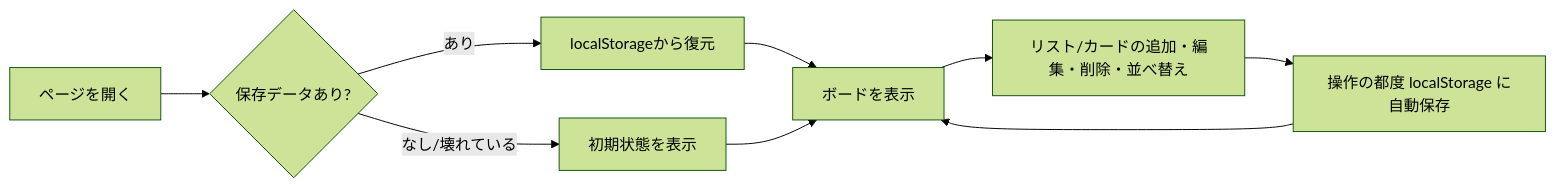
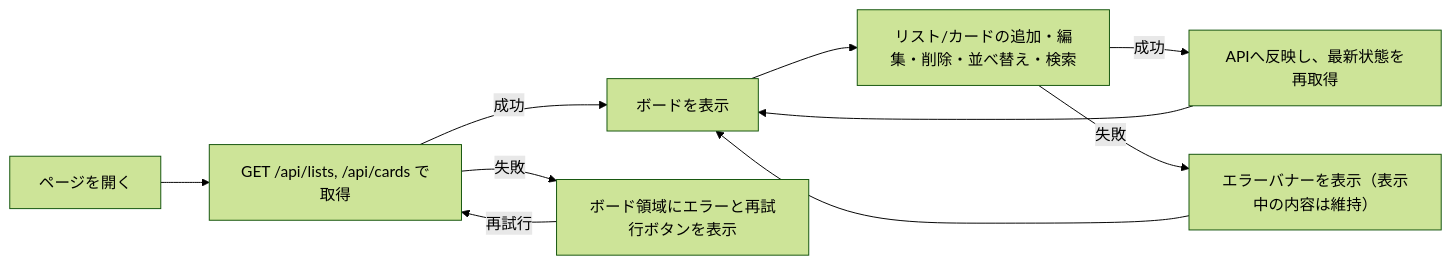
One commit to masatsumaple-creator/task-management changed the diagram in docs/requirements/screens.md. Above: the diagram before and after it, drawn with Mermaid (forest theme). The commit also changed other lines of this file and 8 other files, not shown here.

````diff
--- a/docs/requirements/screens.md
+++ b/docs/requirements/screens.md
@@ -36,11 +45,12 @@
 ```mermaid
 flowchart LR
-  A[ページを開く] --> B{保存データあり?}
-  B -- あり --> C[localStorageから復元]
-  B -- なし/壊れている --> D[初期状態を表示]
-  C --> E[ボードを表示]
-  D --> E
-  E --> F[リスト/カードの追加・編集・削除・並べ替え]
-  F --> G[操作の都度 localStorage に自動保存]
-  G --> E
+  A[ページを開く] --> B[GET /api/lists, /api/cards で取得]
+  B -- 成功 --> C[ボードを表示]
+  B -- 失敗 --> D[ボード領域にエラーと再試行ボタンを表示]
+  D -- 再試行 --> B
+  C --> E[リスト/カードの追加・編集・削除・並べ替え・検索]
+  E -- 成功 --> F[APIへ反映し、最新状態を再取得]
+  E -- 失敗 --> G[エラーバナーを表示（表示中の内容は維持）]
+  F --> C
+  G --> C
 ```
````
